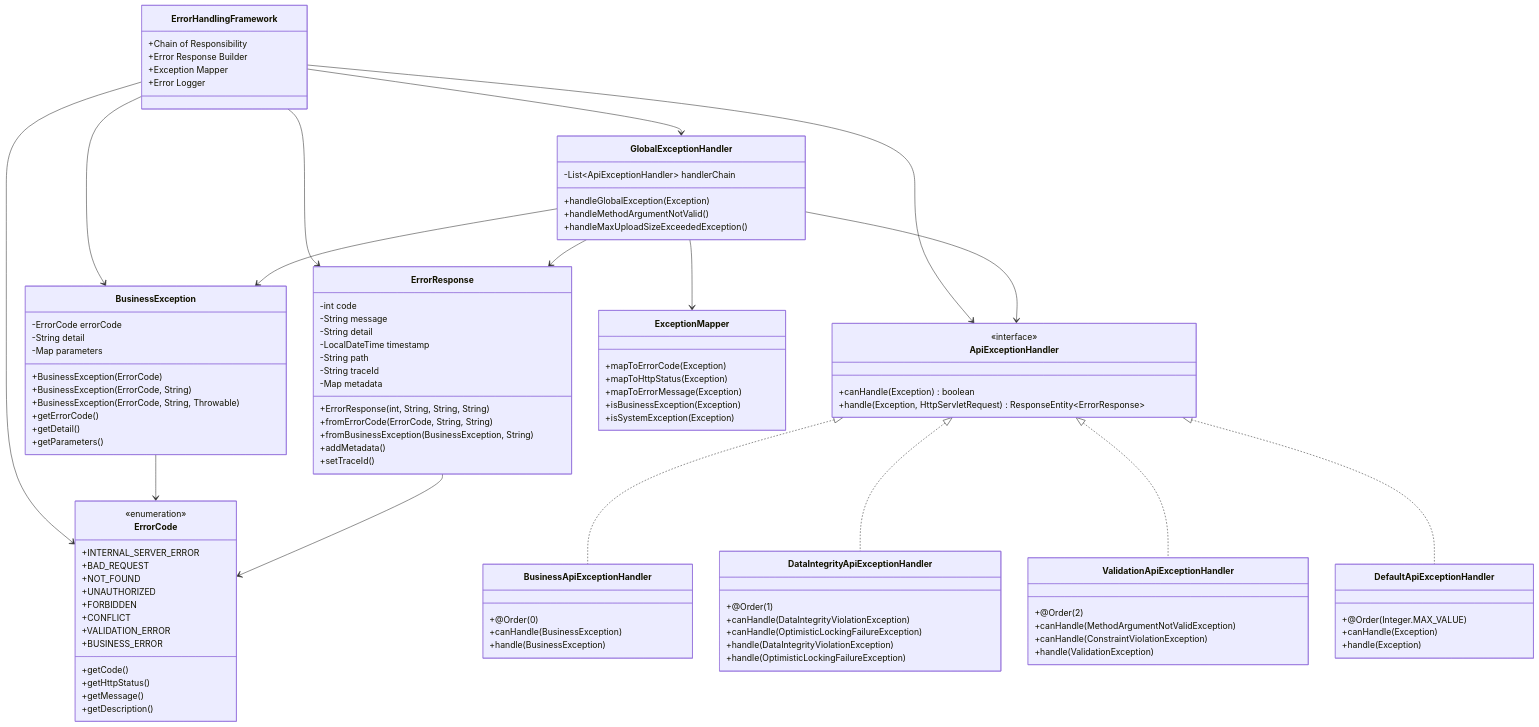
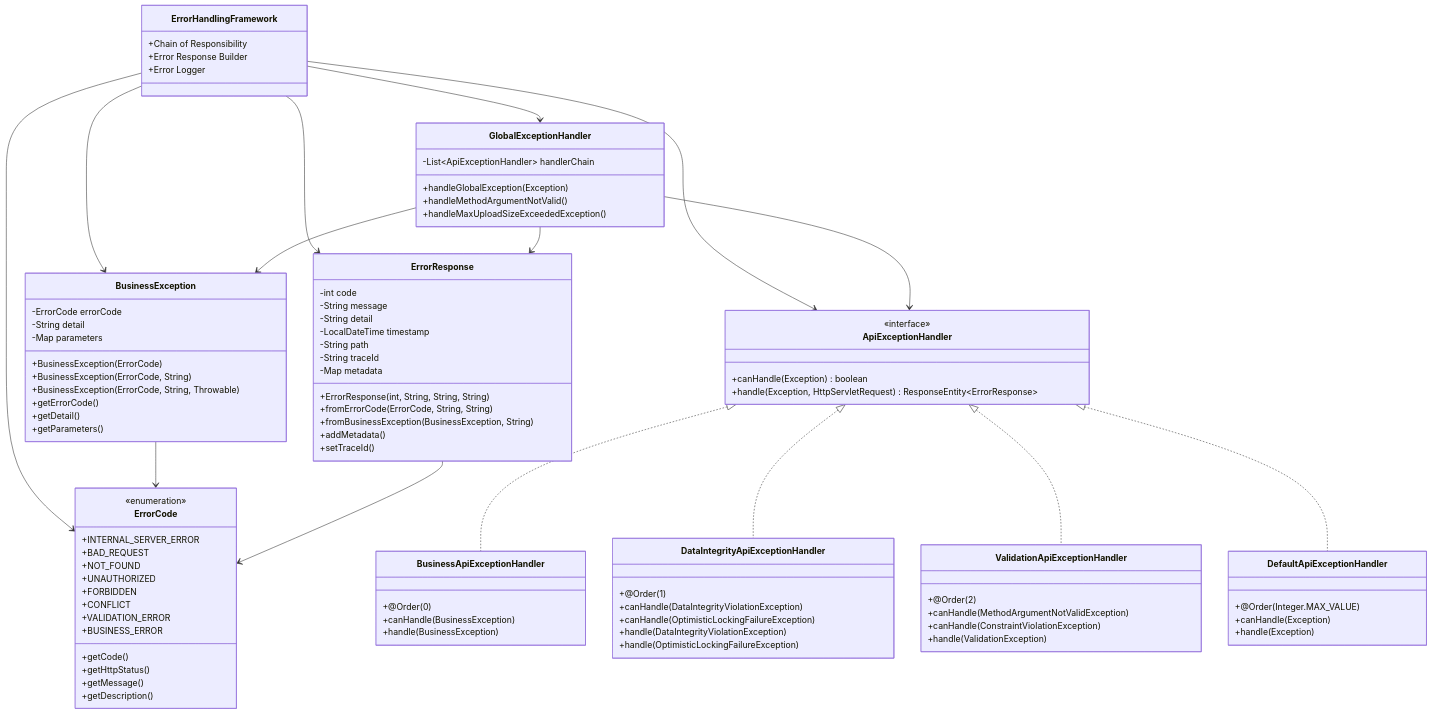
One commit to Vinskao/ty-multiverse-backend changed the ninth of 13 diagrams in README.md. Above: the diagram before and after it, drawn with Mermaid. The commit also changed 2 other files, not shown here.

Commit message:
info: add responsibility

````diff
--- a/README.md
+++ b/README.md
@@ -396,7 +396,6 @@
     class ErrorHandlingFramework {
         +Chain of Responsibility
         +Error Response Builder
-        +Exception Mapper
         +Error Logger
     }
     
@@ -483,14 +482,6 @@
         +handle(Exception)
     }
     
-    class ExceptionMapper {
-        +mapToErrorCode(Exception)
-        +mapToHttpStatus(Exception)
-        +mapToErrorMessage(Exception)
-        +isBusinessException(Exception)
-        +isSystemException(Exception)
-    }
-    
     ErrorHandlingFramework --> ErrorCode
     ErrorHandlingFramework --> BusinessException
     ErrorHandlingFramework --> ErrorResponse
@@ -505,5 +496,4 @@
     ErrorResponse --> ErrorCode
     GlobalExceptionHandler --> BusinessException
     GlobalExceptionHandler --> ErrorResponse
-    GlobalExceptionHandler --> ExceptionMapper
 ```
````
